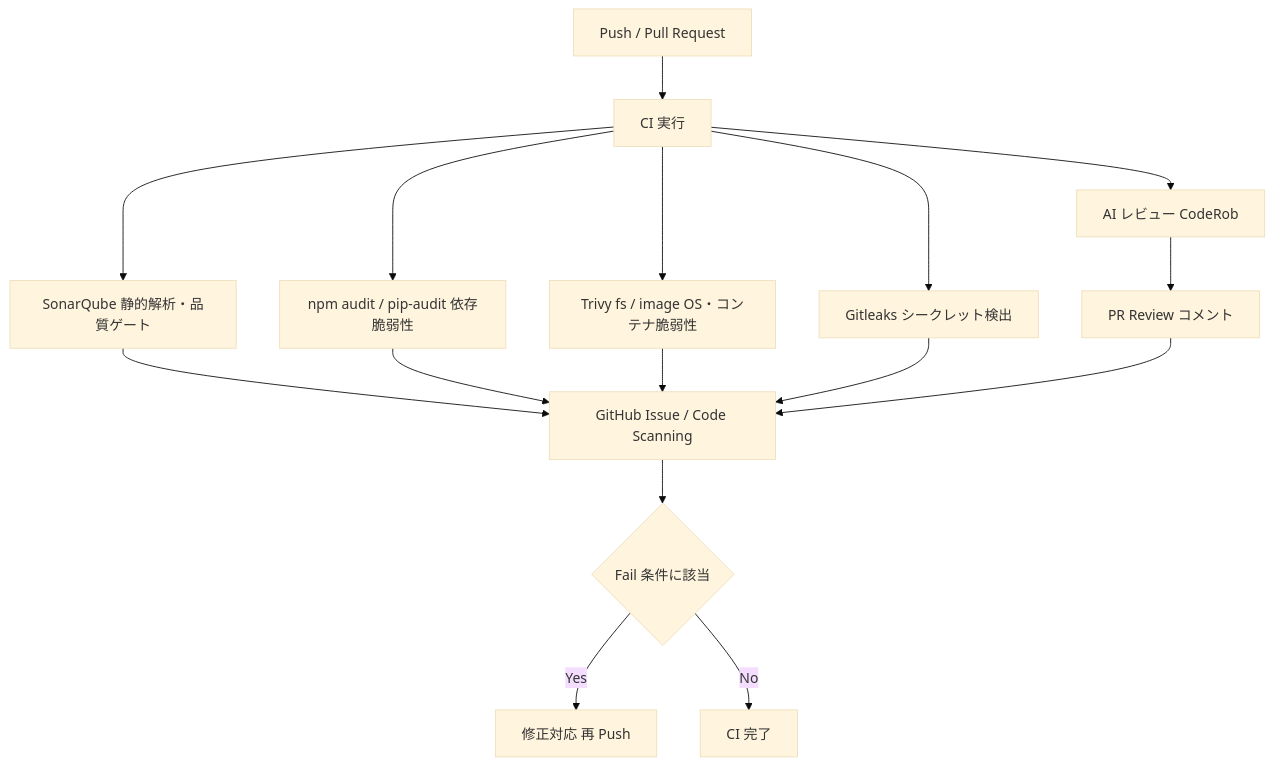
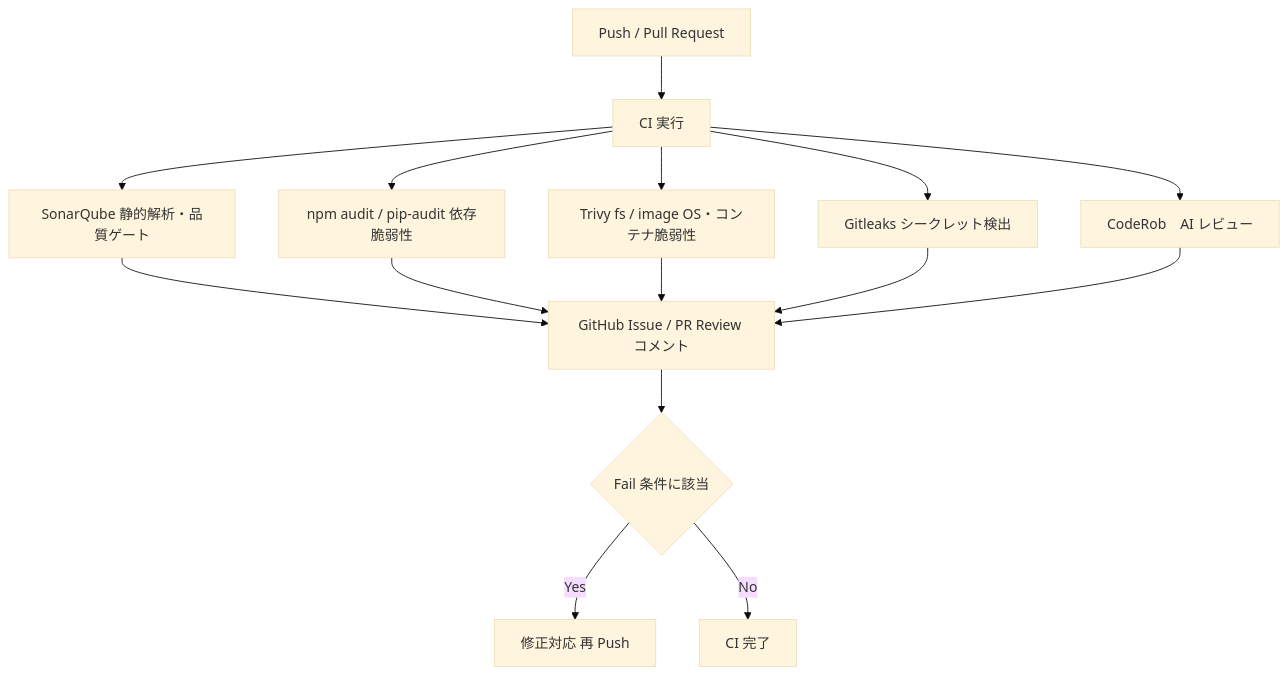
Before and after one commit to shotadaikohara-ops/For-Docs: the diagram in CIアーキテクチャ.md, drawn with Mermaid (base theme). The commit also changed other lines of this file, not shown here.

First line of the commit message:
Revise CI architecture diagram labels and remove section

````diff
--- a/CIアーキテクチャ.md
+++ b/CIアーキテクチャ.md
@@ -20,21 +20,20 @@
 ```mermaid
 graph TB
     A["Push / Pull Request"] --> B["CI 実行"]
 
     B --> C["SonarQube 静的解析・品質ゲート"]
     B --> D["npm audit / pip-audit 依存脆弱性"]
     B --> E["Trivy fs / image OS・コンテナ脆弱性"]
     B --> F["Gitleaks シークレット検出"]
-    B --> G["AI レビュー CodeRob"]
+    B --> G["CodeRob　AI レビュー "]
 
-    C --> H["GitHub Issue / Code Scanning"]
+    C --> H["GitHub Issue / PR Review コメント"]
     D --> H
     E --> H
     F --> H
-    G --> I["PR Review コメント"]
-    I --> H
+    G --> H
 
     H --> J{"Fail 条件に該当"}
     J -->|Yes| K["修正対応 再 Push"]
     J -->|No| L["CI 完了"]
 ```
````
